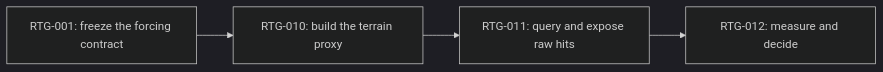
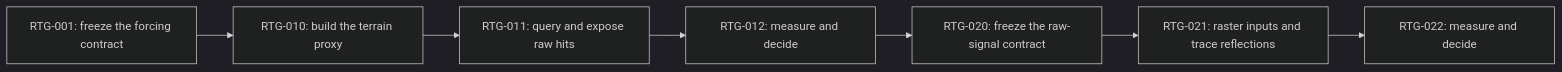
The diagram in planning/tracks/reflection-geometry/README.md (mbrock/moppe), drawn with Mermaid (dark theme) before and after one commit. The commit also changed other lines of this file and 12 other files, not shown here.

Commit message:
Add raw water reflection signal atelier

````diff
--- a/planning/tracks/reflection-geometry/README.md
+++ b/planning/tracks/reflection-geometry/README.md
@@ -10,8 +9,12 @@
 ```mermaid
 flowchart LR
   RTG001["RTG-001: freeze the forcing contract"]
   RTG010["RTG-010: build the terrain proxy"]
   RTG011["RTG-011: query and expose raw hits"]
   RTG012["RTG-012: measure and decide"]
+  RTG020["RTG-020: freeze the raw-signal contract"]
+  RTG021["RTG-021: raster inputs and trace reflections"]
+  RTG022["RTG-022: measure and decide"]
   RTG001 --> RTG010 --> RTG011 --> RTG012
+  RTG012 --> RTG020 --> RTG021 --> RTG022
 ```
````
